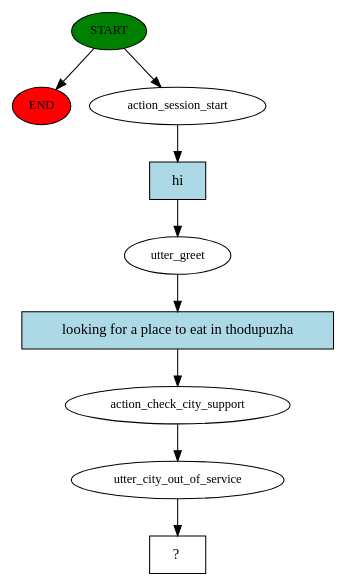
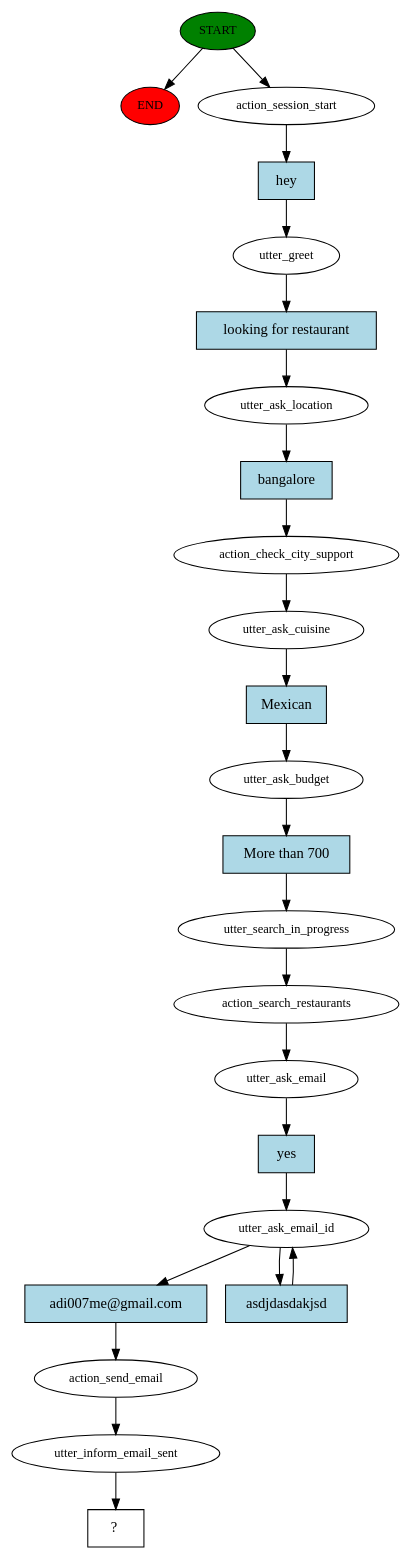
Before and after one commit to adi007me/rasa-chatbot: the diagram in story_graph.dot, drawn with Graphviz. The commit also changed 5 other files, not shown here.

Commit message:
Added cuisines, more stories, incorrect email

```diff
--- a/story_graph.dot
+++ b/story_graph.dot
@@ -1,19 +1,48 @@
 digraph  {
 0 [class="start active", fillcolor=green, fontsize=12, label=START, style=filled];
 "-1" [class=end, fillcolor=red, fontsize=12, label=END, style=filled];
 1 [class=active, fontsize=12, label=action_session_start];
 2 [class=active, fontsize=12, label=utter_greet];
-3 [class=active, fontsize=12, label=action_check_city_support];
-4 [class=active, fontsize=12, label=utter_city_out_of_service];
-5 [class="intent dashed active", label="  ?  ", shape=rect];
-6 [class="intent active", fillcolor=lightblue, label=hi, shape=rect, style=filled];
-7 [class="intent active", fillcolor=lightblue, label="looking for a place to eat in thodupuzha", shape=rect, style=filled];
+3 [class=active, fontsize=12, label=utter_ask_location];
+4 [class=active, fontsize=12, label=action_check_city_support];
+5 [class=active, fontsize=12, label=utter_ask_cuisine];
+6 [class=active, fontsize=12, label=utter_ask_budget];
+7 [class=active, fontsize=12, label=utter_search_in_progress];
+8 [class=active, fontsize=12, label=action_search_restaurants];
+9 [class=active, fontsize=12, label=utter_ask_email];
+10 [class=active, fontsize=12, label=utter_ask_email_id];
+12 [class=active, fontsize=12, label=action_send_email];
+13 [class=active, fontsize=12, label=utter_inform_email_sent];
+14 [class="intent dashed active", label="  ?  ", shape=rect];
+15 [class="intent active", fillcolor=lightblue, label=hey, shape=rect, style=filled];
+16 [class="intent active", fillcolor=lightblue, label="looking for restaurant", shape=rect, style=filled];
+17 [class="intent active", fillcolor=lightblue, label=bangalore, shape=rect, style=filled];
+18 [class="intent active", fillcolor=lightblue, label=Mexican, shape=rect, style=filled];
+19 [class="intent active", fillcolor=lightblue, label="More than 700", shape=rect, style=filled];
+20 [class="intent active", fillcolor=lightblue, label=yes, shape=rect, style=filled];
+21 [class="intent active", fillcolor=lightblue, label="adi007me@gmail.com", shape=rect, style=filled];
+22 [class="intent active", fillcolor=lightblue, label=asdjdasdakjsd, shape=rect, style=filled];
 0 -> "-1"  [class="", key=NONE, label=""];
 0 -> 1  [class=active, key=NONE, label=""];
-1 -> 6  [class=active, key=0];
-2 -> 7  [class=active, key=0];
-3 -> 4  [class=active, key=NONE, label=""];
+1 -> 15  [class=active, key=0];
+2 -> 16  [class=active, key=0];
+3 -> 17  [class=active, key=0];
 4 -> 5  [class=active, key=NONE, label=""];
-6 -> 2  [class=active, key=0];
-7 -> 3  [class=active, key=0];
+5 -> 18  [class=active, key=0];
+6 -> 19  [class=active, key=0];
+7 -> 8  [class=active, key=NONE, label=""];
+8 -> 9  [class=active, key=NONE, label=""];
+9 -> 20  [class=active, key=0];
+10 -> 21  [class=active, key=0];
+10 -> 22  [class=active, key=0];
+12 -> 13  [class=active, key=NONE, label=""];
+13 -> 14  [class=active, key=NONE, label=""];
+15 -> 2  [class=active, key=0];
+16 -> 3  [class=active, key=0];
+17 -> 4  [class=active, key=0];
+18 -> 6  [class=active, key=0];
+19 -> 7  [class=active, key=0];
+20 -> 10  [class=active, key=0];
+21 -> 12  [class=active, key=0];
+22 -> 10  [class=active, key=0];
 }
```
